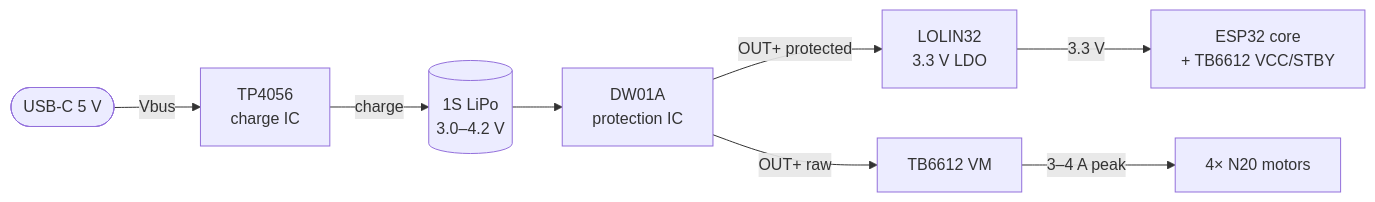
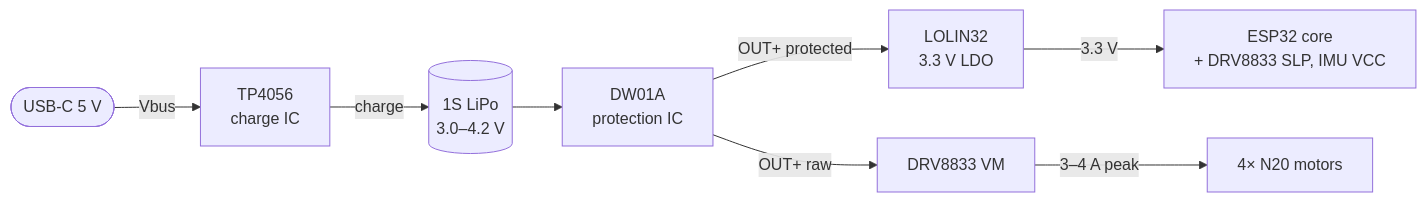
Before and after one commit to wouterds/minibot: the second of 2 diagrams in README.md, drawn with Mermaid. The commit also changed other lines of this file, not shown here.

Commit message:
docs: switch wiring and power diagrams from TB6612FNG to DRV8833

````diff
--- a/README.md
+++ b/README.md
@@ -52,10 +50,10 @@
 ```mermaid
 flowchart LR
     USBC([USB-C 5 V]) -->|Vbus| TP[TP4056<br/>charge IC]
     TP -->|charge| BAT[(1S LiPo<br/>3.0–4.2 V)]
     BAT --> DW[DW01A<br/>protection IC]
     DW -->|OUT+ protected| LDO[LOLIN32<br/>3.3 V LDO]
-    DW -->|OUT+ raw| VM[TB6612 VM]
-    LDO -->|3.3 V| LOGIC[ESP32 core<br/>+ TB6612 VCC/STBY]
+    DW -->|OUT+ raw| VM[DRV8833 VM]
+    LDO -->|3.3 V| LOGIC[ESP32 core<br/>+ DRV8833 SLP, IMU VCC]
     VM -->|3–4 A peak| MOT[4× N20 motors]
 ```
````
